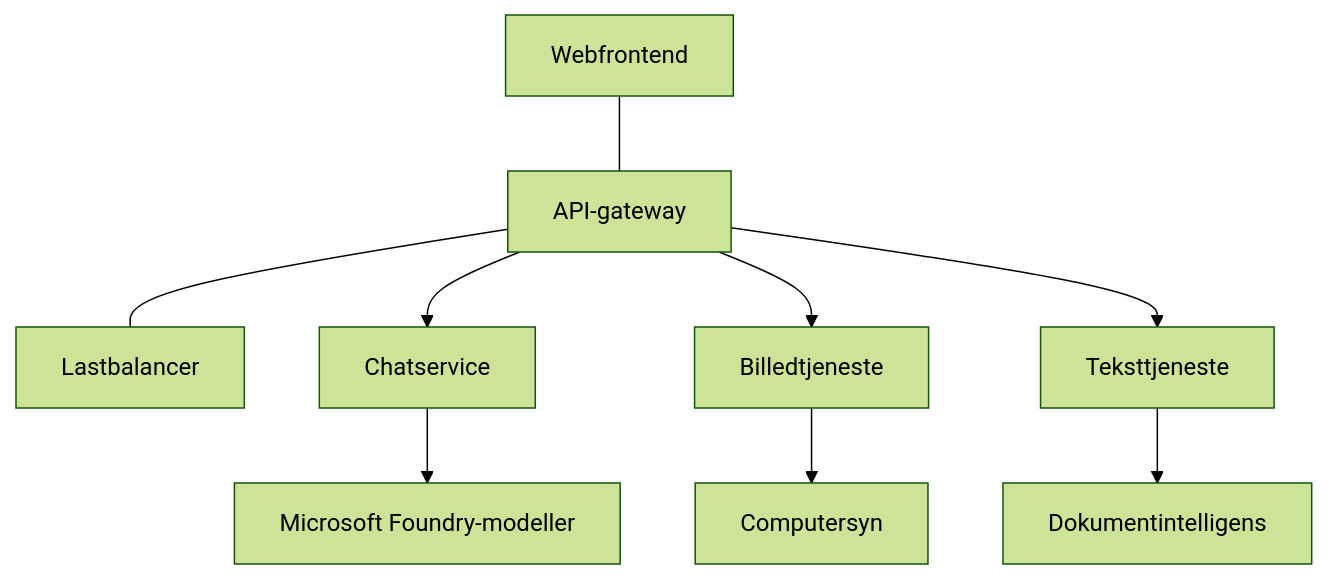
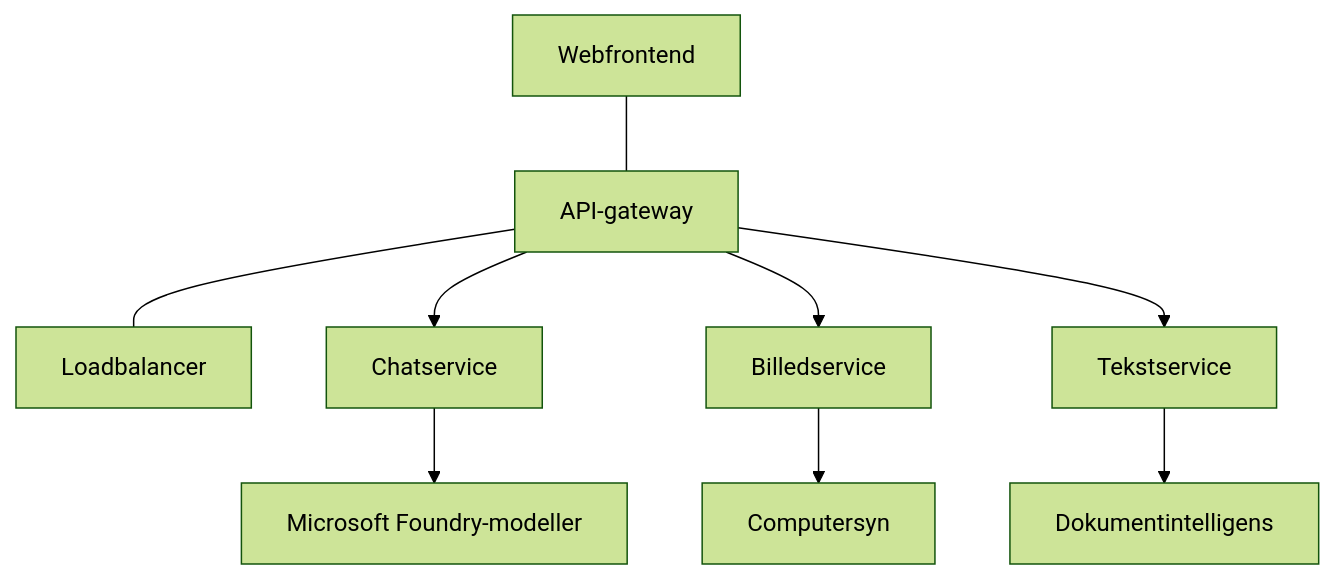
One commit to microsoft/AZD-for-beginners changed the diagram in translations/da/docs/chapter-08-production/production-ai-practices.md. Above: the diagram before and after it, drawn with Mermaid (forest theme). The commit also changed other lines of this file and 104 other files, not shown here.

````diff
--- a/translations/da/docs/chapter-08-production/production-ai-practices.md
+++ b/translations/da/docs/chapter-08-production/production-ai-practices.md
@@ -30,10 +30,10 @@
 ```mermaid
 graph TD
-    Frontend[Webfrontend] --- Gateway[API-gateway] --- LB[Lastbalancer]
+    Frontend[Webfrontend] --- Gateway[API-gateway] --- LB[Loadbalancer]
     Gateway --> Chat[Chatservice]
-    Gateway --> Image[Billedtjeneste]
-    Gateway --> Text[Teksttjeneste]
+    Gateway --> Image[Billedservice]
+    Gateway --> Text[Tekstservice]
     Chat --> OpenAI[Microsoft Foundry-modeller]
     Image --> Vision[Computersyn]
     Text --> DocIntel[Dokumentintelligens]
 ```
````
